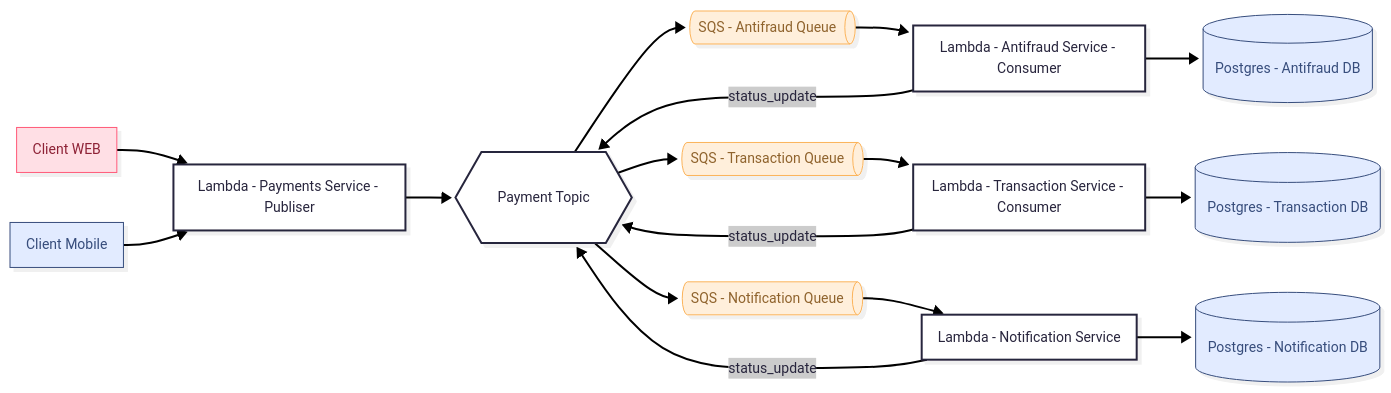
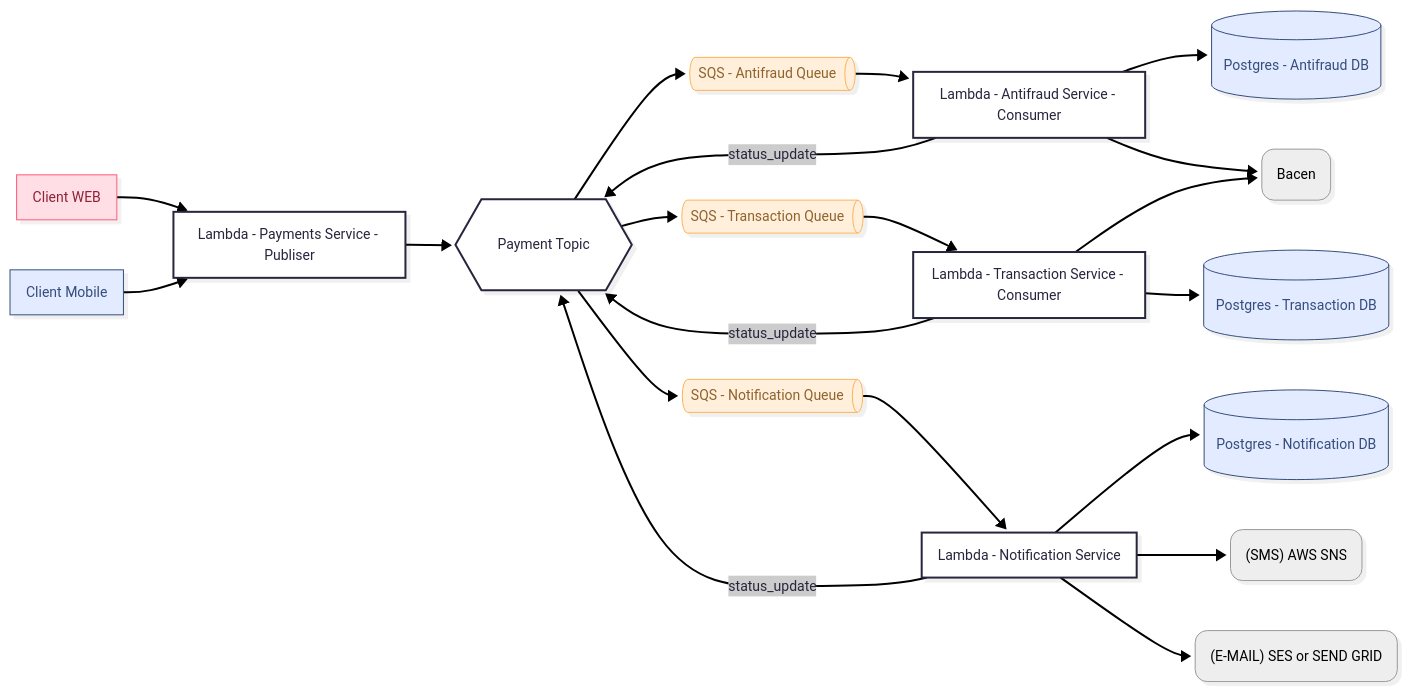
The third of 3 diagrams in README.md (dasilvaoscar/concurrency-simulator), drawn with Mermaid before and after one commit.

Commit message:
Enhance service and database connections in README
Updated the README to include additional connections and shapes for various services and databases.

````diff
--- a/README.md
+++ b/README.md
@@ -75,47 +75,55 @@
 ```mermaid
 ---
 config:
   theme: redux
   layout: dagre
   look: neo
 ---
 flowchart LR
     n1["Lambda - Payments Service - Publiser"] --> n3["Payment Topic"]
     n3 --> n4["SQS - Antifraud Queue"] & n6["SQS - Transaction Queue"] & n15["SQS - Notification Queue"]
     n4 --> n5["Lambda - Antifraud Service - Consumer"]
     n6 --> n7["Lambda - Transaction Service - Consumer"]
     n14["Client WEB"] --> n1
     n15 --> n16["Lambda - Notification Service"]
-    n5 --> n18["Postgres - Antifraud DB"]
+    n5 --> n18["Postgres - Antifraud DB"] & n22["Bacen"]
     n5 -- status_update --> n3
-    n7 --> n19["Postgres - Transaction DB"]
+    n7 --> n19["Postgres - Transaction DB"] & n22
     n7 -- status_update --> n3
-    n16 --> n20["Postgres - Notification DB"]
+    n16 --> n20["Postgres - Notification DB"] & n23["(SMS) AWS SNS"]
     n16 -- status_update --> n3
     n21["Client Mobile"] --> n1
+    n16 --> n24["(E-MAIL) SES or SEND GRID"]
 
     n1@{ shape: rect}
     n3@{ shape: hex}
     n4@{ shape: h-cyl}
     n6@{ shape: h-cyl}
     n15@{ shape: h-cyl}
     n5@{ shape: rect}
     n7@{ shape: rect}
     n14@{ shape: rect}
     n16@{ shape: rect}
     n18@{ shape: cyl}
+    n22@{ shape: rounded}
     n19@{ shape: cyl}
     n20@{ shape: cyl}
     n21@{ shape: rect}
+    n23@{ shape: rounded}
+    n24@{ shape: rounded}
      n4:::Peach
      n6:::Peach
      n15:::Peach
      n14:::Rose
      n18:::Sky
+     n22:::Ash
      n19:::Sky
      n20:::Sky
      n21:::Sky
+     n23:::Ash
+     n24:::Ash
     classDef Rose stroke-width:1px, stroke-dasharray:none, stroke:#FF5978, fill:#FFDFE5, color:#8E2236
     classDef Peach stroke-width:1px, stroke-dasharray:none, stroke:#FBB35A, fill:#FFEFDB, color:#8F632D
     classDef Sky stroke-width:1px, stroke-dasharray:none, stroke:#374D7C, fill:#E2EBFF, color:#374D7C
+    classDef Ash stroke-width:1px, stroke-dasharray:none, stroke:#999999, fill:#EEEEEE, color:#000000
 ```
````
